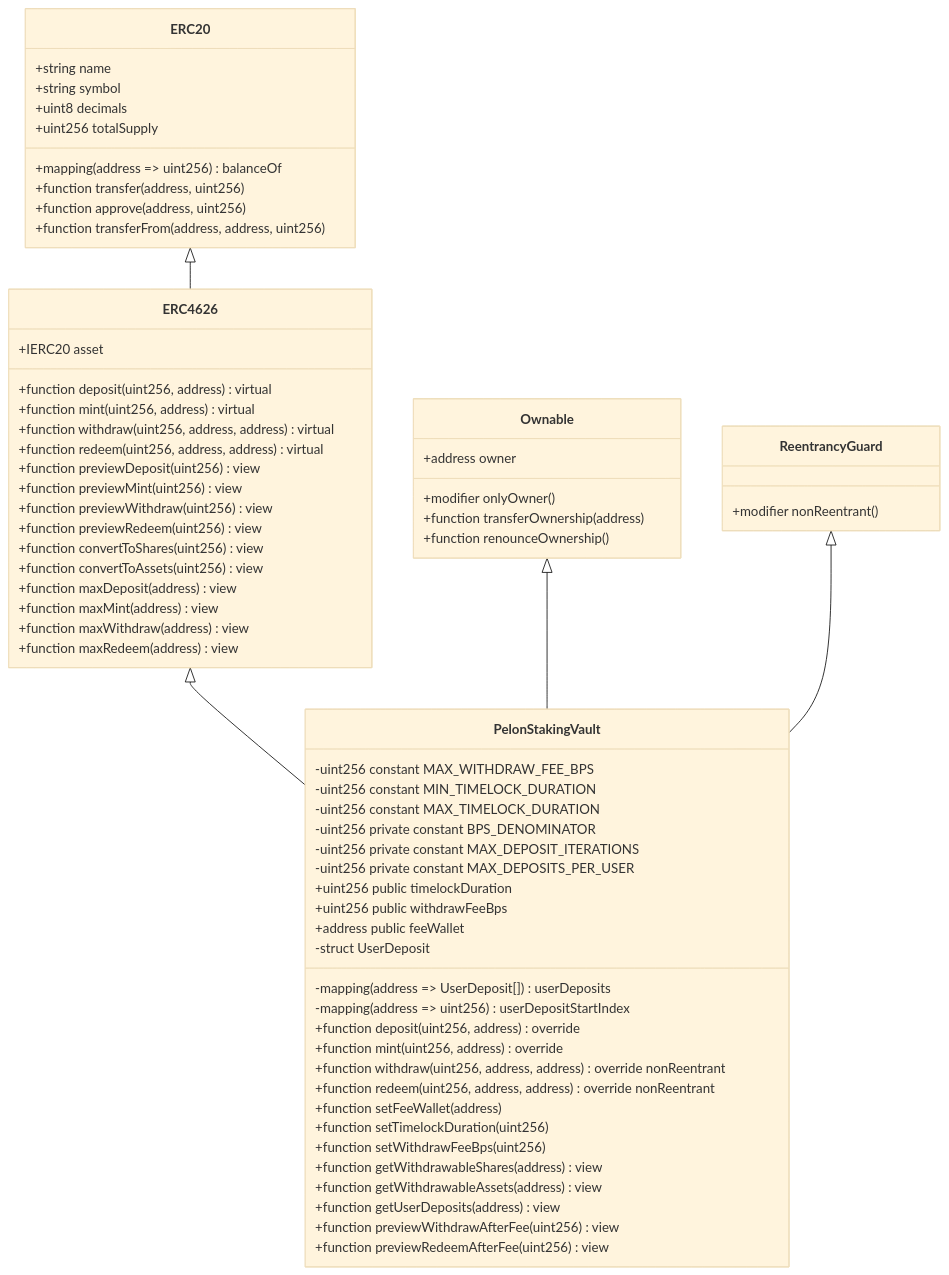
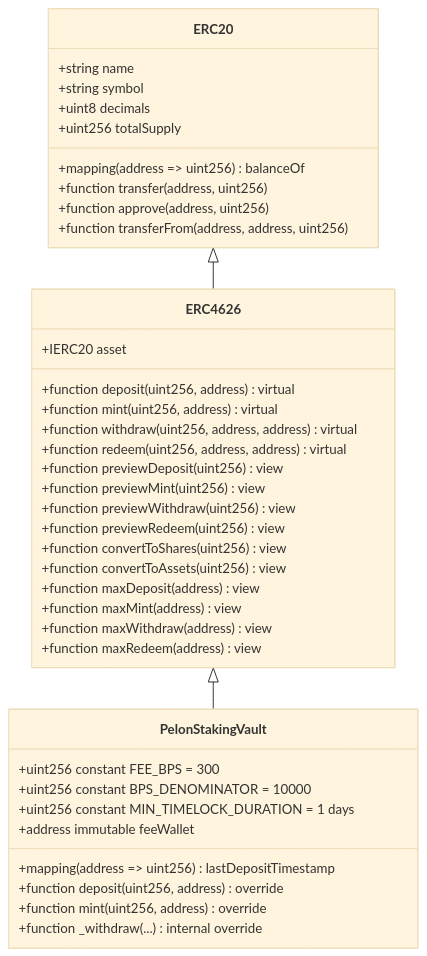
One commit to PelonClub/PelonClub-BaseNetwork-Monorepo changed the first of 5 diagrams in docs/es/pelon-staking-vault.md. Above: the diagram before and after it, drawn with Mermaid (base theme). The commit also changed other lines of this file and 9 other files, not shown here.

````diff
--- a/docs/es/pelon-staking-vault.md
+++ b/docs/es/pelon-staking-vault.md
@@ -15,74 +15,45 @@
 ```mermaid
 classDiagram
     class ERC20 {
         +string name
         +string symbol
         +uint8 decimals
         +uint256 totalSupply
         +mapping(address => uint256) balanceOf
         +function transfer(address, uint256)
         +function approve(address, uint256)
         +function transferFrom(address, address, uint256)
     }
     
     class ERC4626 {
         +IERC20 asset
         +function deposit(uint256, address) virtual
         +function mint(uint256, address) virtual
         +function withdraw(uint256, address, address) virtual
         +function redeem(uint256, address, address) virtual
         +function previewDeposit(uint256) view
         +function previewMint(uint256) view
         +function previewWithdraw(uint256) view
         +function previewRedeem(uint256) view
         +function convertToShares(uint256) view
         +function convertToAssets(uint256) view
         +function maxDeposit(address) view
         +function maxMint(address) view
         +function maxWithdraw(address) view
         +function maxRedeem(address) view
     }
     
-    class Ownable {
-        +address owner
-        +modifier onlyOwner()
-        +function transferOwnership(address)
-        +function renounceOwnership()
-    }
-    
-    class ReentrancyGuard {
-        +modifier nonReentrant()
-    }
-    
     class PelonStakingVault {
-        -uint256 constant MAX_WITHDRAW_FEE_BPS
-        -uint256 constant MIN_TIMELOCK_DURATION
-        -uint256 constant MAX_TIMELOCK_DURATION
-        -uint256 private constant BPS_DENOMINATOR
-        -uint256 private constant MAX_DEPOSIT_ITERATIONS
-        -uint256 private constant MAX_DEPOSITS_PER_USER
-        +uint256 public timelockDuration
-        +uint256 public withdrawFeeBps
-        +address public feeWallet
-        -struct UserDeposit
-        -mapping(address => UserDeposit[]) userDeposits
-        -mapping(address => uint256) userDepositStartIndex
+        +uint256 constant FEE_BPS = 300
+        +uint256 constant BPS_DENOMINATOR = 10000
+        +uint256 constant MIN_TIMELOCK_DURATION = 1 days
+        +address immutable feeWallet
+        +mapping(address => uint256) lastDepositTimestamp
         +function deposit(uint256, address) override
         +function mint(uint256, address) override
-        +function withdraw(uint256, address, address) override nonReentrant
-        +function redeem(uint256, address, address) override nonReentrant
-        +function setFeeWallet(address)
-        +function setTimelockDuration(uint256)
-        +function setWithdrawFeeBps(uint256)
-        +function getWithdrawableShares(address) view
-        +function getWithdrawableAssets(address) view
-        +function getUserDeposits(address) view
-        +function previewWithdrawAfterFee(uint256) view
-        +function previewRedeemAfterFee(uint256) view
+        +function _withdraw(...) internal override
     }
     
     ERC20 <|-- ERC4626
     ERC4626 <|-- PelonStakingVault
-    Ownable <|-- PelonStakingVault
-    ReentrancyGuard <|-- PelonStakingVault
 ```
````
